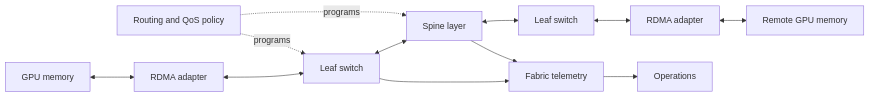
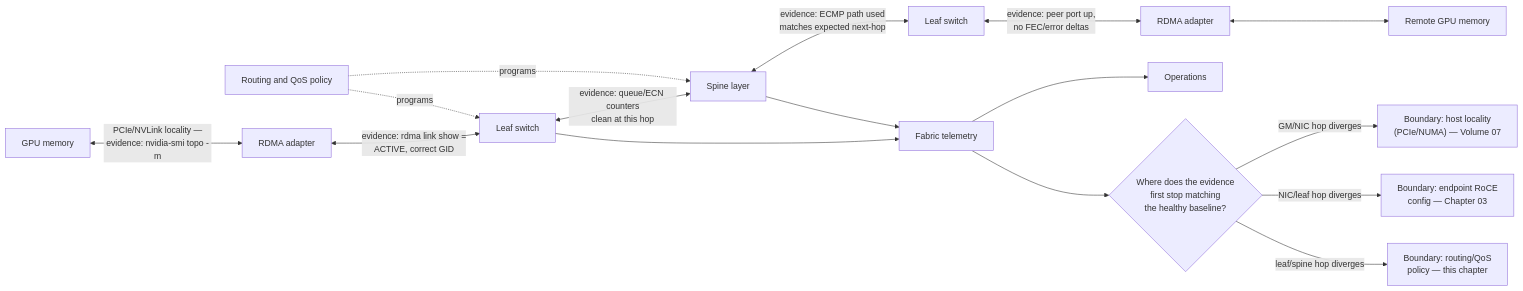
The first of 2 diagrams in docs/nvidia-zero-to-hero/volume-09/chapter-02-ethernet-architecture-for-ai.md (jithinpnjm/nvidia-devops), drawn with Mermaid before and after one commit. The commit also changed other lines of this file and 3 other files, not shown here.

````diff
--- a/docs/nvidia-zero-to-hero/volume-09/chapter-02-ethernet-architecture-for-ai.md
+++ b/docs/nvidia-zero-to-hero/volume-09/chapter-02-ethernet-architecture-for-ai.md
@@ -42,14 +42,18 @@
 ```mermaid
 flowchart LR
-    GM0[GPU memory] <--> NIC0[RDMA adapter]
-    NIC0 <--> L0[Leaf switch]
-    L0 <--> S0[Spine layer]
-    S0 <--> L1[Leaf switch]
-    L1 <--> NIC1[RDMA adapter]
-    NIC1 <--> GM1[Remote GPU memory]
-    CP[Routing and QoS policy] -. programs .-> L0
+    GM0["GPU memory"] <-->|"PCIe/NVLink locality —\nevidence: nvidia-smi topo -m"| NIC0["RDMA adapter"]
+    NIC0 <-->|"evidence: rdma link show =\nACTIVE, correct GID"| L0["Leaf switch"]
+    L0 <-->|"evidence: queue/ECN counters\nclean at this hop"| S0["Spine layer"]
+    S0 <-->|"evidence: ECMP path used\nmatches expected next-hop"| L1["Leaf switch"]
+    L1 <-->|"evidence: peer port up,\nno FEC/error deltas"| NIC1["RDMA adapter"]
+    NIC1 <--> GM1["Remote GPU memory"]
+    CP["Routing and QoS policy"] -. programs .-> L0
     CP -. programs .-> S0
-    OBS[Fabric telemetry] --> OPS[Operations]
+    OBS["Fabric telemetry"] --> OPS["Operations"]
     L0 --> OBS
     S0 --> OBS
+    OBS --> DEC{"Where does the evidence\nfirst stop matching\nthe healthy baseline?"}
+    DEC -->|"GM/NIC hop diverges"| BND1["Boundary: host locality\n(PCIe/NUMA) — Volume 07"]
+    DEC -->|"NIC/leaf hop diverges"| BND2["Boundary: endpoint RoCE\nconfig — Chapter 03"]
+    DEC -->|"leaf/spine hop diverges"| BND3["Boundary: routing/QoS\npolicy — this chapter"]
 ```
````
